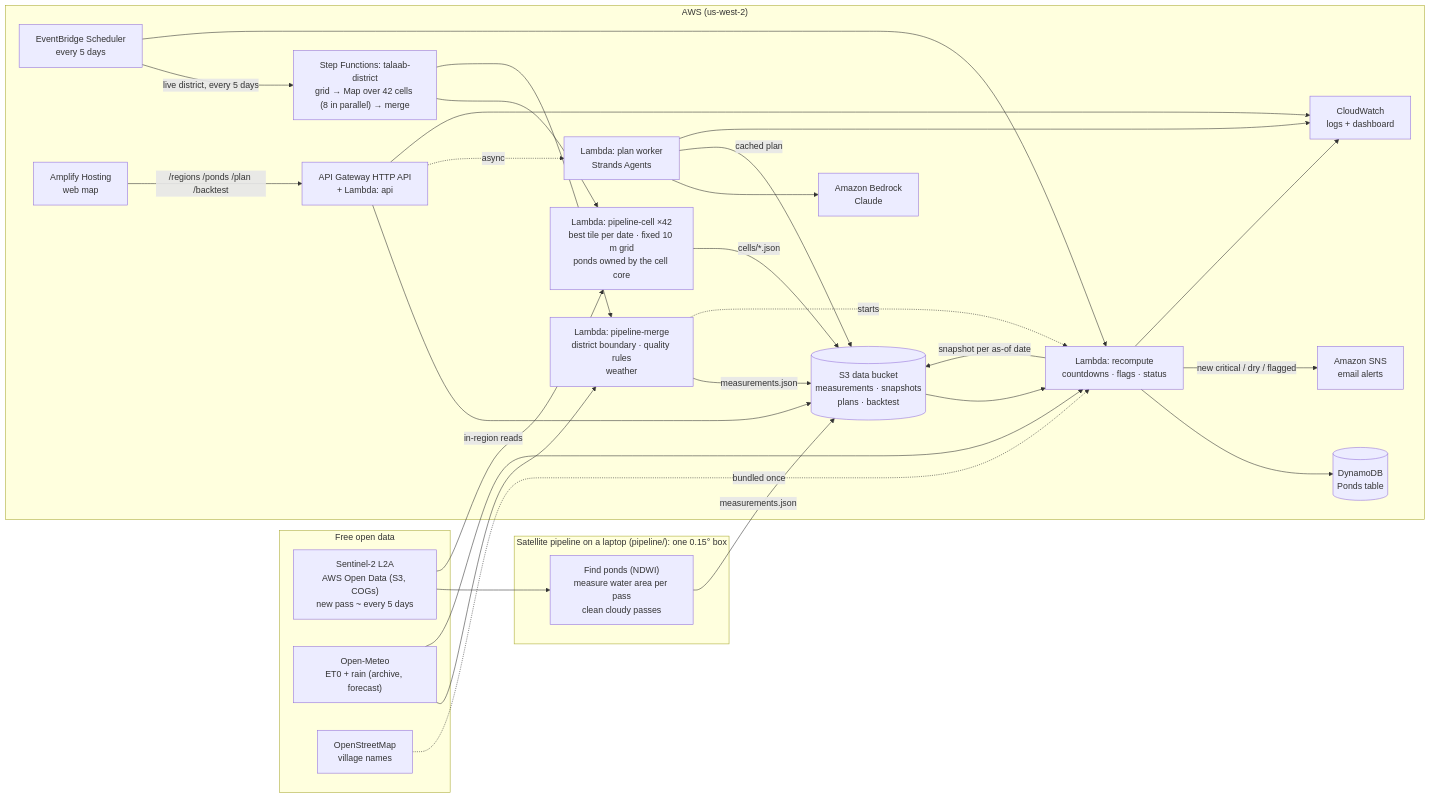
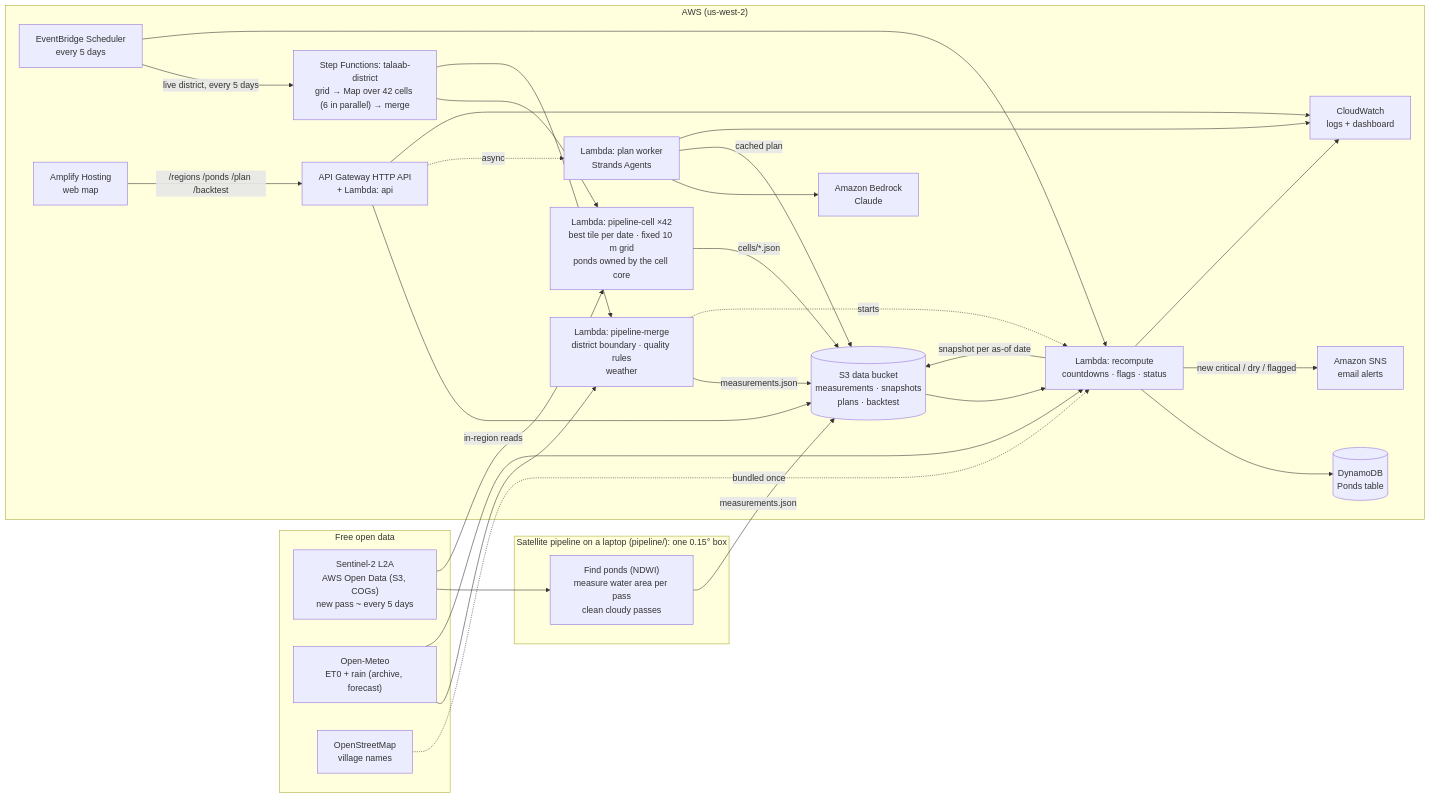
One commit to shloknarvekar/talaab changed the diagram in docs/architecture.md. Above: the diagram before and after it, drawn with Mermaid. The commit also changed other lines of this file and 3 other files, not shown here.

Commit message:
district runs 6 cells at a time so the API keeps a Lambda during scheduled runs (at 8 it was throttled to 503)

````diff
--- a/docs/architecture.md
+++ b/docs/architecture.md
@@ -7,51 +7,51 @@
 ```mermaid
 flowchart LR
   subgraph Sources["Free open data"]
     S2["Sentinel-2 L2A<br/>AWS Open Data (S3, COGs)<br/>new pass ~ every 5 days"]
     OM["Open-Meteo<br/>ET0 + rain (archive, forecast)"]
     OSM["OpenStreetMap<br/>village names"]
   end
 
   subgraph Laptop["Satellite pipeline on a laptop (pipeline/): one 0.15° box"]
     P["Find ponds (NDWI)<br/>measure water area per pass<br/>clean cloudy passes"]
   end
 
   subgraph AWS["AWS (us-west-2)"]
-    SFN["Step Functions: talaab-district<br/>grid → Map over 42 cells (8 in parallel) → merge"]
+    SFN["Step Functions: talaab-district<br/>grid → Map over 42 cells (6 in parallel) → merge"]
     CELL["Lambda: pipeline-cell ×42<br/>best tile per date · fixed 10 m grid<br/>ponds owned by the cell core"]
     MRG["Lambda: pipeline-merge<br/>district boundary · quality rules<br/>weather"]
     S3[("S3 data bucket<br/>measurements · snapshots<br/>plans · backtest")]
     SCH["EventBridge Scheduler<br/>every 5 days"]
     RC["Lambda: recompute<br/>countdowns · flags · status"]
     DDB[("DynamoDB<br/>Ponds table")]
     API["API Gateway HTTP API<br/>+ Lambda: api"]
     PW["Lambda: plan worker<br/>Strands Agents"]
     BR["Amazon Bedrock<br/>Claude"]
     CW["CloudWatch<br/>logs + dashboard"]
     SNS["Amazon SNS<br/>email alerts"]
     AMP["Amplify Hosting<br/>web map"]
   end
 
   S2 --> P --> |measurements.json| S3
   SCH --> |live district, every 5 days| SFN
   SFN --> CELL
   S2 --> |in-region reads| CELL
   CELL --> |cells/*.json| S3
   SFN --> MRG
   OM --> MRG
   MRG --> |measurements.json| S3
   MRG -. starts .-> RC
   SCH --> RC
   S3 --> RC
   OM --> RC
   OSM -.bundled once.-> RC
   RC --> |snapshot per as-of date| S3
   RC --> DDB
   RC --> |new critical / dry / flagged| SNS
   AMP --> |"/regions /ponds /plan /backtest"| API
   API --> S3
   API -. async .-> PW
   PW --> BR
   PW --> |cached plan| S3
   RC & API & PW --> CW
 ```
````
